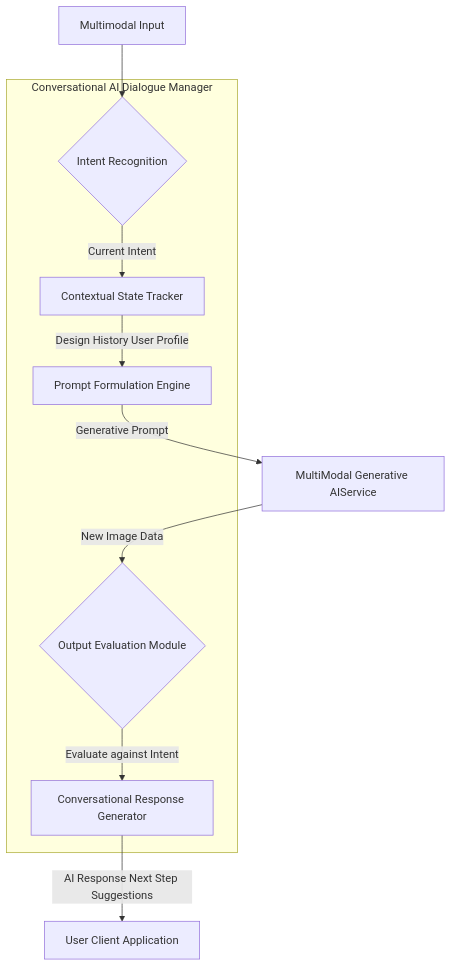
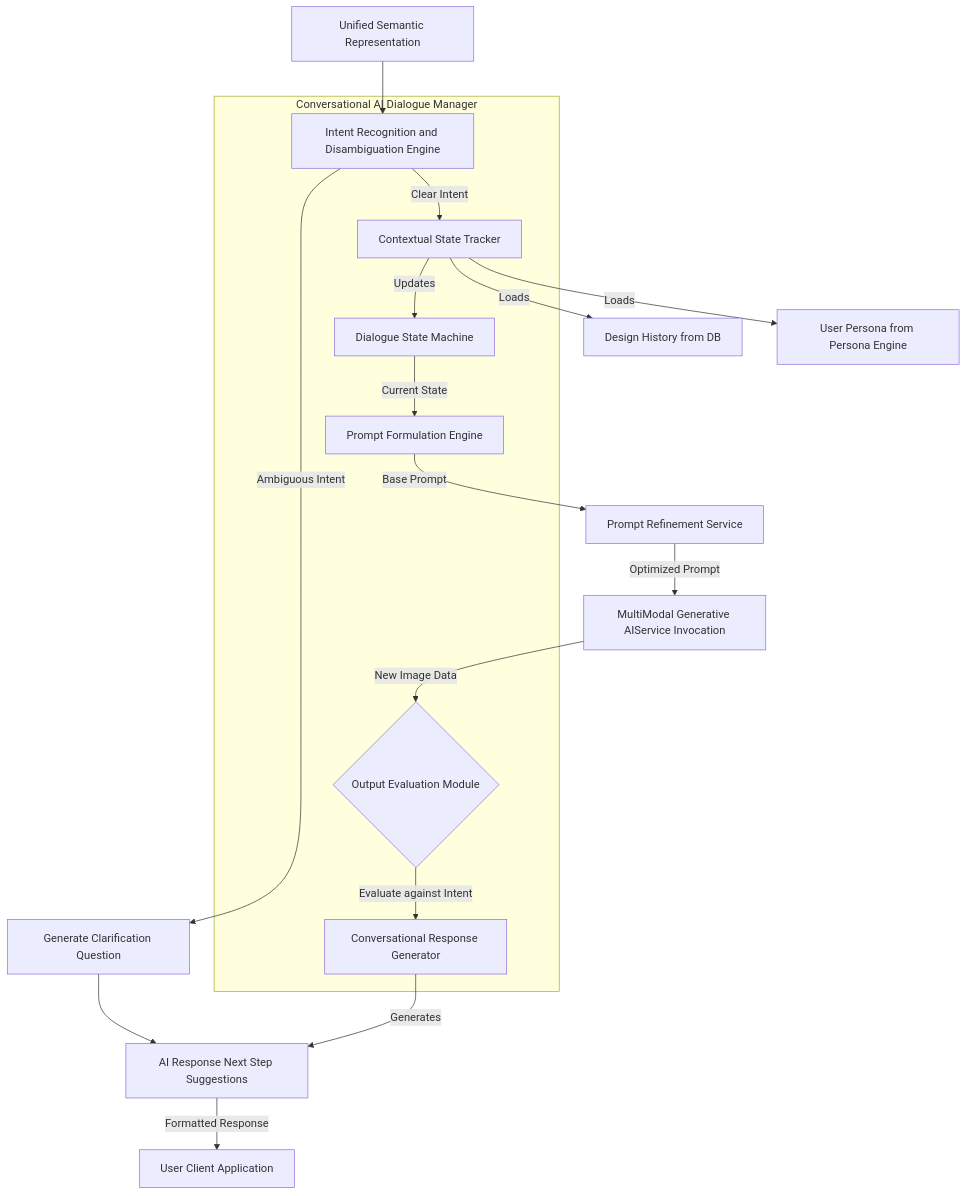
Before and after one commit to diplomat-bit/Citibank_Demo_Business_Inc_Demonstration-: the fourth of 8 diagrams in inventions/003_narrative_generative_image_editing/004_conversational_ai_design_co_creation.md, drawn with Mermaid. The commit also changed other lines of this file, not shown here.

Commit message:
[AI] Edit: inventions/003_narrative_generative_image_editing/004_conversational_ai_design_co_creation.md

````diff
--- a/inventions/003_narrative_generative_image_editing/004_conversational_ai_design_co_creation.md
+++ b/inventions/003_narrative_generative_image_editing/004_conversational_ai_design_co_creation.md
@@ -146,17 +170,24 @@
 ```mermaid
 graph TD
-    A[Multimodal Input] --> B{Intent Recognition}
-    B -- Current Intent --> C[Contextual State Tracker]
-    C -- Design History User Profile --> D[Prompt Formulation Engine]
-    D -- Generative Prompt --> E[MultiModal Generative AIService]
-    E -- New Image Data --> F{Output Evaluation Module}
-    F -- Evaluate against Intent --> G[Conversational Response Generator]
-    G -- AI Response Next Step Suggestions --> H[User Client Application]
+    A[Unified Semantic Representation] --> B[Intent Recognition and Disambiguation Engine]
+    B -- Ambiguous Intent --> B1[Generate Clarification Question] --> G
+    B -- Clear Intent --> C[Contextual State Tracker]
+    C -- Loads --> C1[Design History from DB]
+    C -- Loads --> C2[User Persona from Persona Engine]
+    C -- Updates --> D[Dialogue State Machine]
+    D -- Current State --> E[Prompt Formulation Engine]
+    E -- Base Prompt --> E1[Prompt Refinement Service]
+    E1 -- Optimized Prompt --> F[MultiModal Generative AIService Invocation]
+    F -- New Image Data --> H{Output Evaluation Module}
+    H -- Evaluate against Intent --> I[Conversational Response Generator]
+    I -- Generates --> G[AI Response Next Step Suggestions]
+    G -- Formatted Response --> J[User Client Application]
     subgraph Conversational AI Dialogue Manager
         B
         C
         D
-        F
-        G
+        E
+        H
+        I
     end
 ```
````
